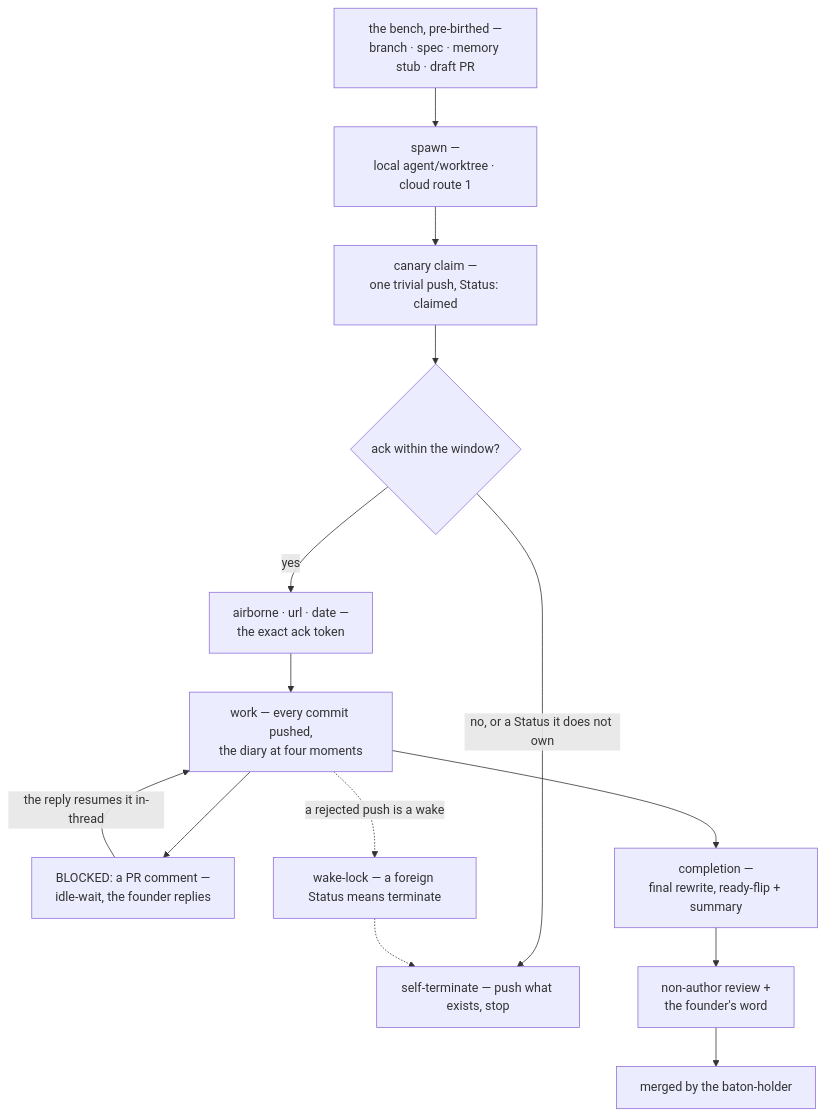
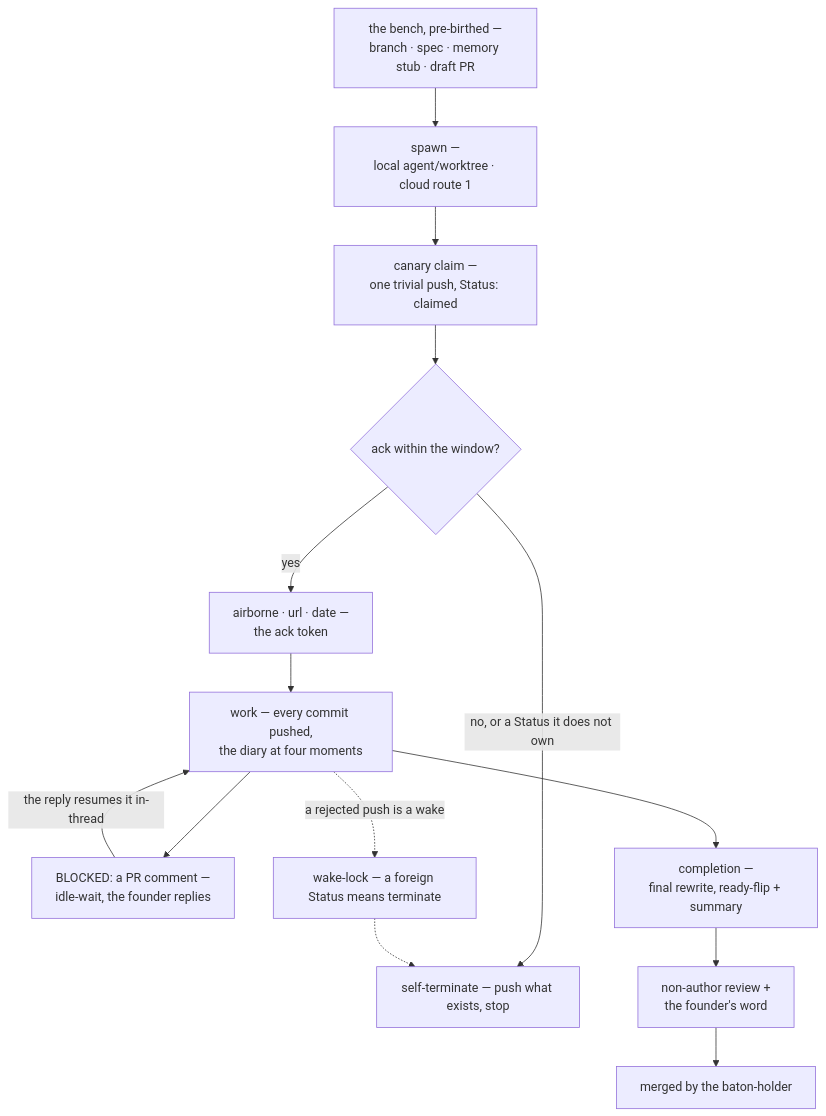
Before and after one commit to wsher0901/roam: the fourth of 8 diagrams in docs/ATLAS.md, drawn with Mermaid. The commit also changed other lines of this file and 4 other files, not shown here.

````diff
--- a/docs/ATLAS.md
+++ b/docs/ATLAS.md
@@ -169,16 +170,16 @@
 ```mermaid
 flowchart TD
   B["the bench, pre-birthed —<br/>branch · spec · memory stub · draft PR"] --> S["spawn —<br/>local agent/worktree · cloud route 1"]
   S --> CL["canary claim —<br/>one trivial push, Status: claimed"]
   CL --> ACK{"ack within the window?"}
-  ACK -->|yes| AIR["airborne · url · date —<br/>the exact ack token"]
+  ACK -->|yes| AIR["airborne · url · date —<br/>the ack token"]
   ACK -->|"no, or a Status it does not own"| TERM["self-terminate — push what exists, stop"]
   AIR --> WK["work — every commit pushed,<br/>the diary at four moments"]
   WK --> BL["BLOCKED: a PR comment —<br/>idle-wait, the founder replies"]
   BL -->|"the reply resumes it in-thread"| WK
   WK --> DONE["completion —<br/>final rewrite, ready-flip + summary"]
   DONE --> RV["non-author review +<br/>the founder's word"]
   RV --> MG["merged by the baton-holder"]
   WK -.->|"a rejected push is a wake"| WLK["wake-lock — a foreign Status means terminate"]
   WLK -.-> TERM
 ```
````
